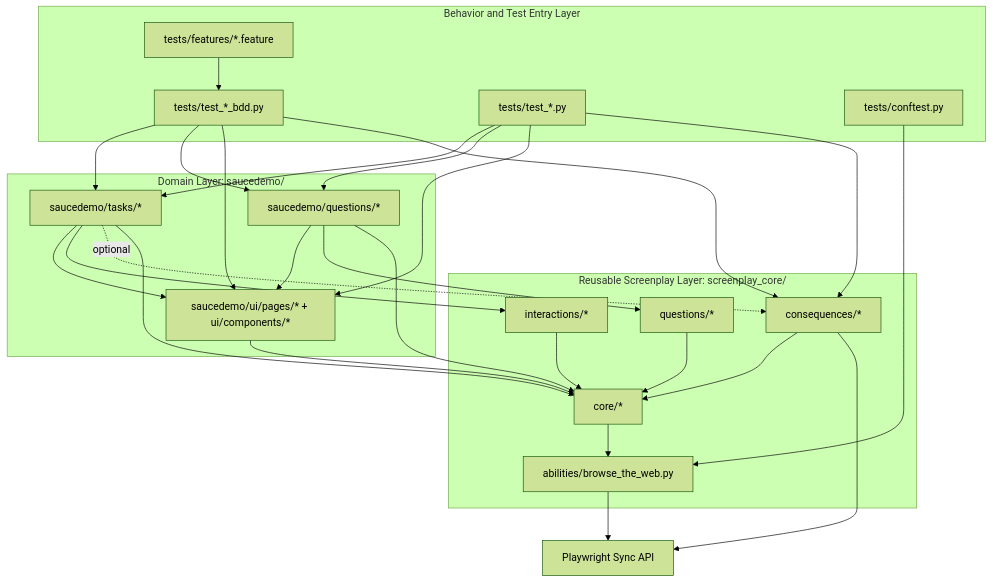
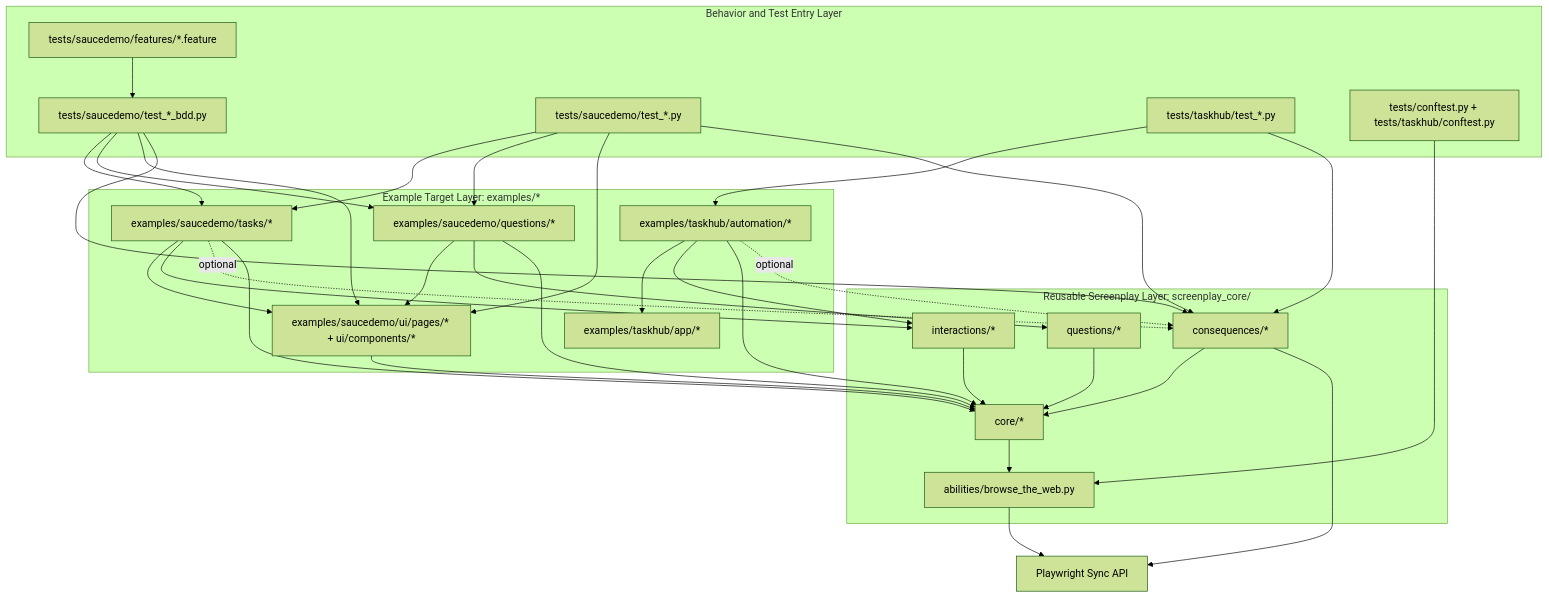
One commit to stansiris/playwright-pytest-screenplay-framework changed the first of 5 diagrams in docs/architecture.md. Above: the diagram before and after it, drawn with Mermaid (forest theme). The commit also changed other lines of this file and 136 other files, not shown here.

Commit message:
Restructure repo into core/examples/tests layout

````diff
--- a/docs/architecture.md
+++ b/docs/architecture.md
@@ -11,52 +11,61 @@
 ```mermaid
 flowchart TB
   subgraph Behavior["Behavior and Test Entry Layer"]
-    F[tests/features/*.feature]
-    BDD[tests/test_*_bdd.py]
-    PYT[tests/test_*.py]
-    CONF[tests/conftest.py]
+    F[tests/saucedemo/features/*.feature]
+    BDD[tests/saucedemo/test_*_bdd.py]
+    PYTSD[tests/saucedemo/test_*.py]
+    PYTTH[tests/taskhub/test_*.py]
+    CONF[tests/conftest.py + tests/taskhub/conftest.py]
   end
 
-  subgraph Domain["Domain Layer: saucedemo/"]
-    ST[saucedemo/tasks/*]
-    SQ[saucedemo/questions/*]
-    SUI[saucedemo/ui/pages/* + ui/components/*]
+  subgraph Domain["Example Target Layer: examples/*"]
+    ST[examples/saucedemo/tasks/*]
+    SQ[examples/saucedemo/questions/*]
+    SUI[examples/saucedemo/ui/pages/* + ui/components/*]
+    THA[examples/taskhub/automation/*]
+    THAPP[examples/taskhub/app/*]
   end
 
   subgraph Core["Reusable Screenplay Layer: screenplay_core/"]
     CCORE[core/*]
     CAB[abilities/browse_the_web.py]
     CINT[interactions/*]
     CQUE[questions/*]
     CCONS[consequences/*]
   end
 
   PW[Playwright Sync API]
 
   F --> BDD
   BDD --> ST
   BDD --> SQ
   BDD --> SUI
   BDD --> CCONS
-  PYT --> ST
-  PYT --> SQ
-  PYT --> SUI
-  PYT --> CCONS
+  PYTSD --> ST
+  PYTSD --> SQ
+  PYTSD --> SUI
+  PYTSD --> CCONS
+  PYTTH --> THA
+  PYTTH --> CCONS
   CONF --> CAB
 
   ST --> SUI
   SQ --> SUI
   ST --> CINT
   ST -. optional .-> CCONS
   SQ --> CQUE
   ST --> CCORE
   SQ --> CCORE
   SUI --> CCORE
+  THA --> THAPP
+  THA --> CINT
+  THA --> CCORE
+  THA -. optional .-> CCONS
 
   CINT --> CCORE
   CQUE --> CCORE
   CCONS --> CCORE
   CCORE --> CAB
   CCONS --> PW
   CAB --> PW
 ```
````
